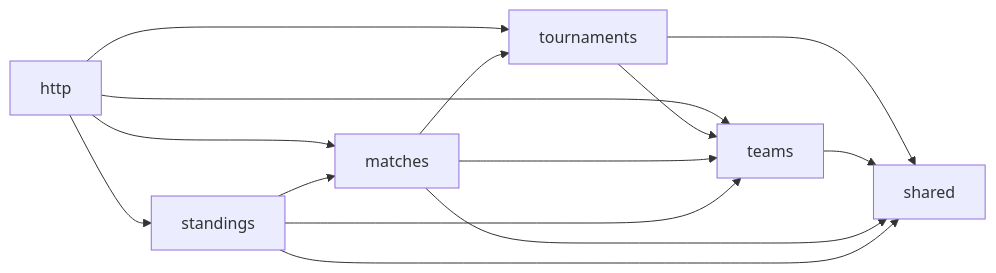
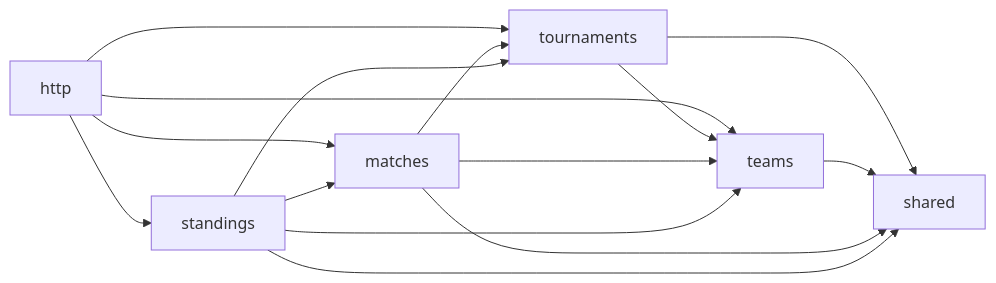
The first of 2 diagrams in spec.md (Mysa-vlad/tournament-planner), drawn with Mermaid before and after one commit. The commit also changed other lines of this file, not shown here.

First line of the commit message:
docs(spec): add standings -> tournaments edge to the module graph

````diff
--- a/spec.md
+++ b/spec.md
@@ -30,8 +30,8 @@
 ```mermaid
 graph LR
   http --> tournaments & teams & matches & standings
   tournaments --> teams
   matches --> tournaments & teams
-  standings --> matches & teams
+  standings --> matches & teams & tournaments
   tournaments & teams & matches & standings --> shared
 ```
````
